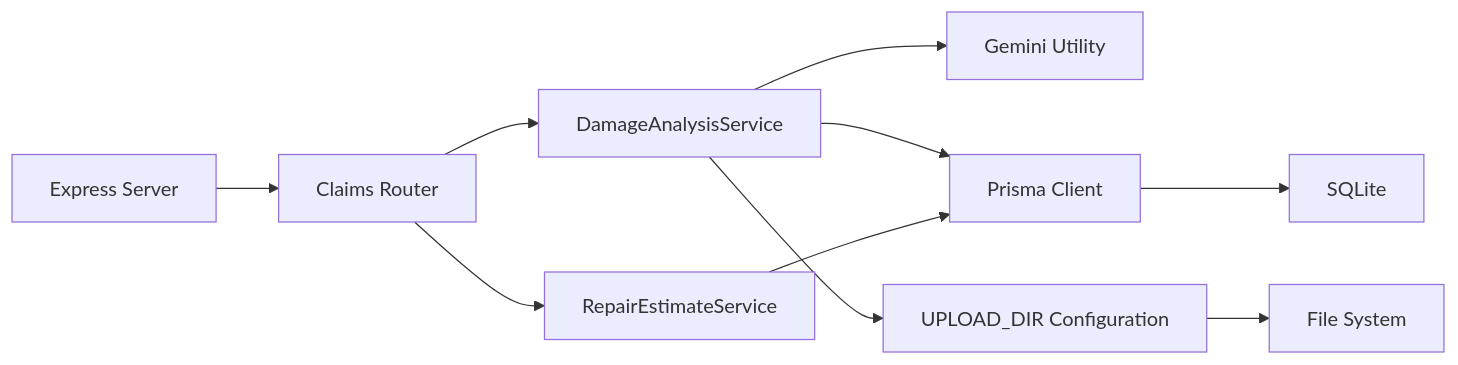
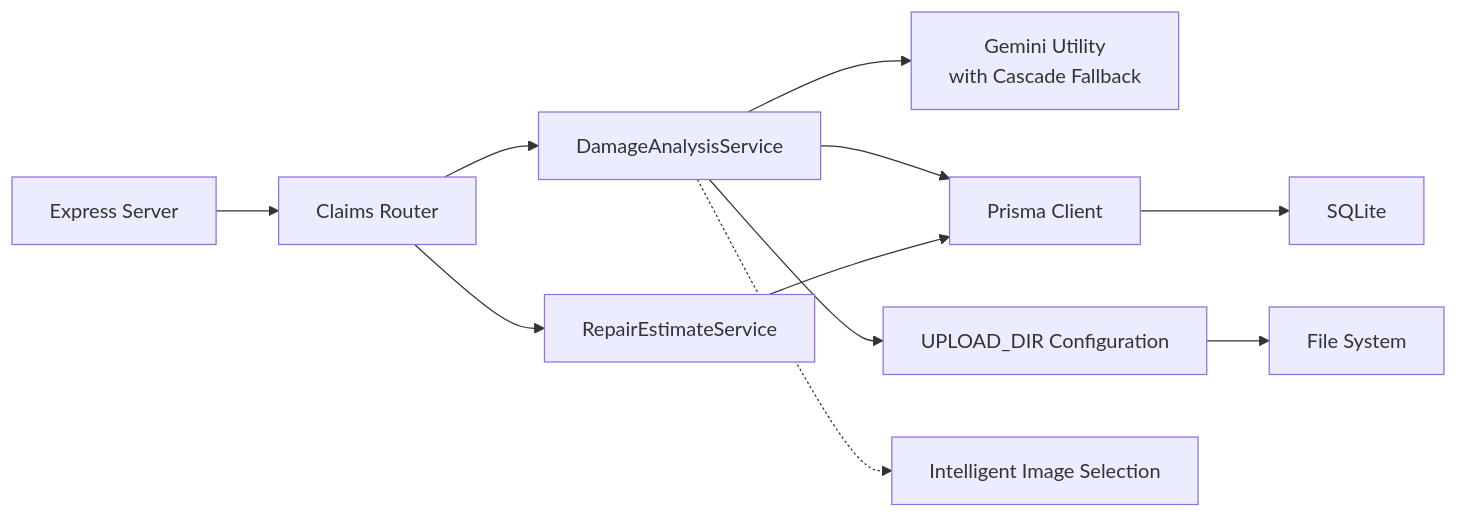
One commit to NaveenHiranya/Smart-Vehicle-Insurance-Claim-System changed the sixth of 6 diagrams in .qoder/repowiki/en/content/Backend Documentation/Business Logic & Services/Damage Analysis Service.md. Above: the diagram before and after it, drawn with Mermaid. The commit also changed other lines of this file and 33 other files, not shown here.

````diff
--- a/.qoder/repowiki/en/content/Backend Documentation/Business Logic & Services/Damage Analysis Service.md
+++ b/.qoder/repowiki/en/content/Backend Documentation/Business Logic & Services/Damage Analysis Service.md
@@ -419,12 +430,13 @@
 ```mermaid
 graph LR
 Server["Express Server"] --> Claims["Claims Router"]
 Claims --> DAS["DamageAnalysisService"]
 Claims --> RES["RepairEstimateService"]
-DAS --> Gemini["Gemini Utility"]
+DAS --> Gemini["Gemini Utility<br/>with Cascade Fallback"]
 DAS --> Prisma["Prisma Client"]
 DAS --> Config["UPLOAD_DIR Configuration"]
 RES --> Prisma
 Config --> FS["File System"]
 Prisma --> DB["SQLite"]
+DAS -.-> ImageSelect["Intelligent Image Selection"]
 ```
````
